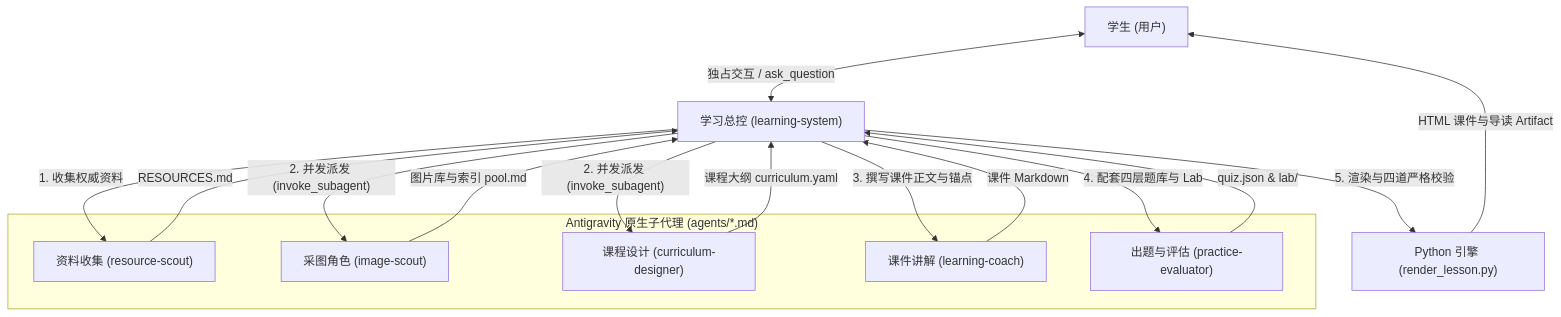
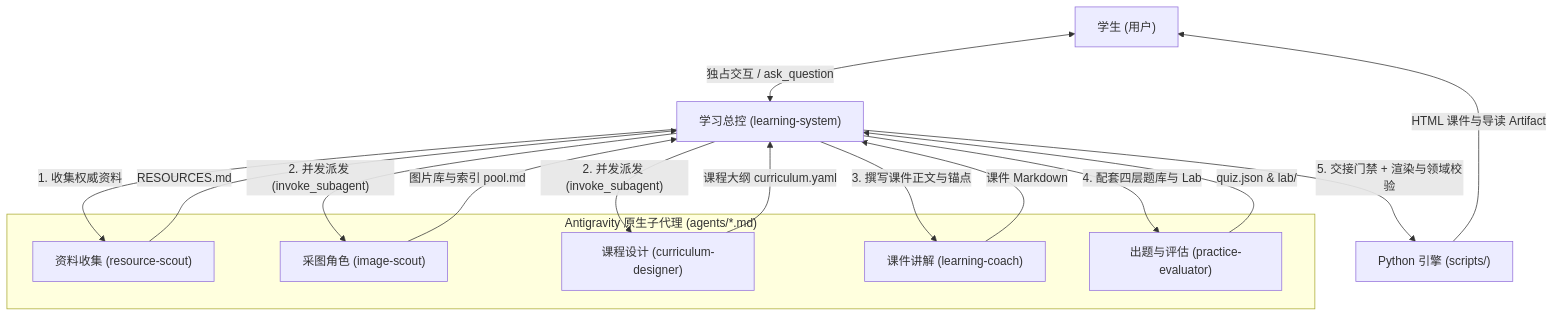
Before and after one commit to GodBlessRen/Study-Mate: the diagram in docs/使用/Antigravity.md, drawn with Mermaid. The commit also changed other lines of this file and 12 other files, not shown here.

````diff
--- a/docs/使用/Antigravity.md
+++ b/docs/使用/Antigravity.md
@@ -11,25 +11,25 @@
 ```mermaid
 flowchart TD
     User["学生 (用户)"] <-->|"独占交互 / ask_question"| LS["学习总控 (learning-system)"]
     
     subgraph Subagents ["Antigravity 原生子代理 (agents/*.md)"]
         RS["资料收集 (resource-scout)"]
         IS["采图角色 (image-scout)"]
         CD["课程设计 (curriculum-designer)"]
         LC["课件讲解 (learning-coach)"]
         PE["出题与评估 (practice-evaluator)"]
     end
     
     LS -->|"1. 收集权威资料"| RS
     RS -->|"RESOURCES.md"| LS
     LS -->|"2. 并发派发 (invoke_subagent)"| IS
     LS -->|"2. 并发派发 (invoke_subagent)"| CD
     IS -->|"图片库与索引 pool.md"| LS
     CD -->|"课程大纲 curriculum.yaml"| LS
     LS -->|"3. 撰写课件正文与锚点"| LC
     LC -->|"课件 Markdown"| LS
     LS -->|"4. 配套四层题库与 Lab"| PE
     PE -->|"quiz.json & lab/"| LS
-    LS -->|"5. 渲染与四道严格校验"| Engine["Python 引擎 (render_lesson.py)"]
+    LS -->|"5. 交接门禁 + 渲染与领域校验"| Engine["Python 引擎 (scripts/)"]
     Engine -->|"HTML 课件与导读 Artifact"| User
 ```
````
